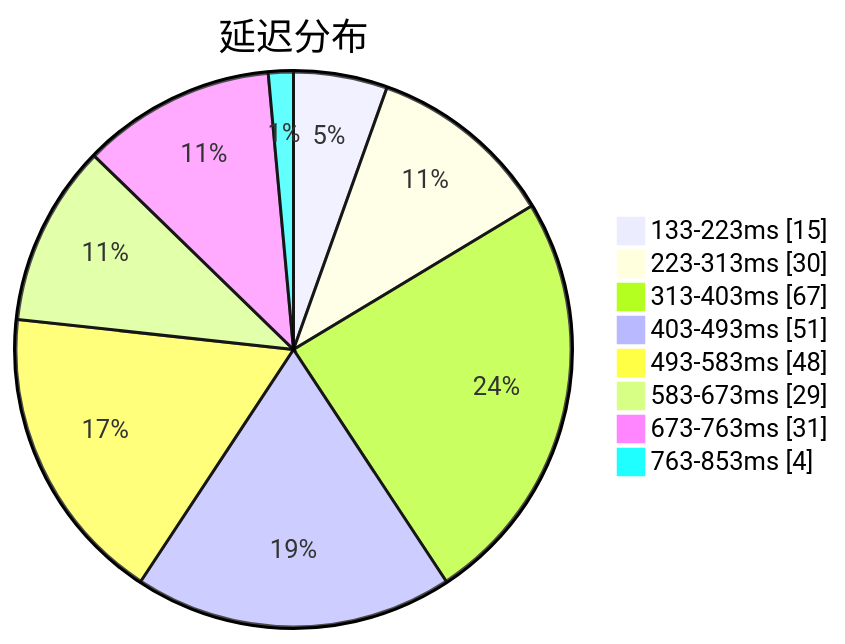
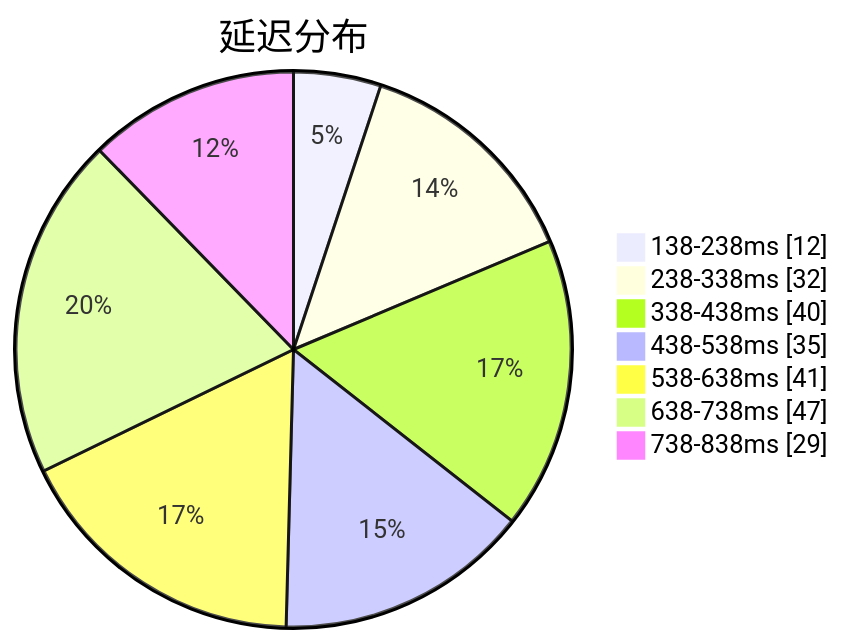
Before and after one commit to sinspired/airport: the first of 3 diagrams in subs/statistics/tested_within.md, drawn with Mermaid. The commit also changed other lines of this file and 2 other files, not shown here.

````diff
--- a/subs/statistics/tested_within.md
+++ b/subs/statistics/tested_within.md
@@ -2,12 +2,11 @@
 ```mermaid
 pie showData
 title 延迟分布
-"133-223ms" : 15
-"223-313ms" : 30
-"313-403ms" : 67
-"403-493ms" : 51
-"493-583ms" : 48
-"583-673ms" : 29
-"673-763ms" : 31
-"763-853ms" : 4
+"138-238ms" : 12
+"238-338ms" : 32
+"338-438ms" : 40
+"438-538ms" : 35
+"538-638ms" : 41
+"638-738ms" : 47
+"738-838ms" : 29
 ```
````
